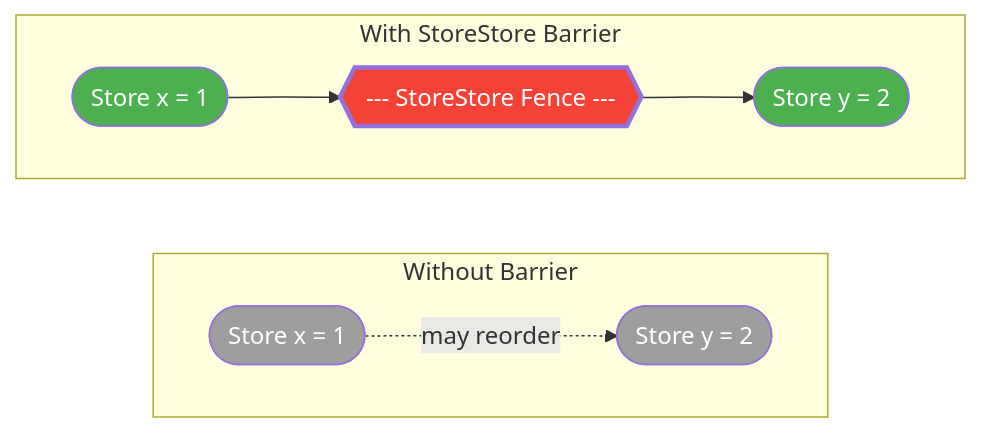
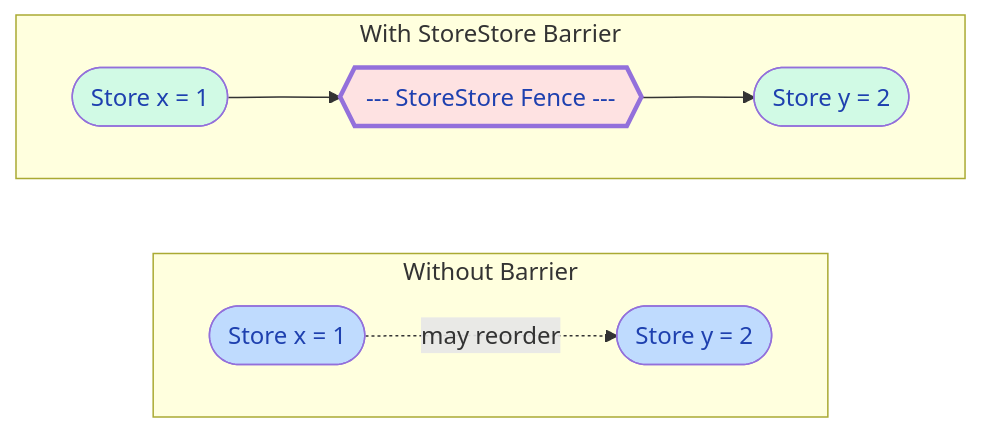
One commit to saivamsikaruturi/vamsilabs-dev-notes-main changed the sixth of 7 diagrams in docs/java/JavaMemoryModel.md. Above: the diagram before and after it, drawn with Mermaid. The commit also changed other lines of this file and 220 other files, not shown here.

First line of the commit message:
Add 50+ new Java/Spring Boot pages, rewrite CSS code blocks to Oracle style, fix all diagram colors

````diff
--- a/docs/java/JavaMemoryModel.md
+++ b/docs/java/JavaMemoryModel.md
@@ -346,18 +346,18 @@
 ```mermaid
 flowchart LR
     subgraph "Without Barrier"
         direction LR
         NB1(["Store x = 1"]) -.->|"may reorder"| NB2(["Store y = 2"])
     end
 
     subgraph "With StoreStore Barrier"
         direction LR
         B1(["Store x = 1"]) --> FENCE{{"--- StoreStore Fence ---"}} --> B2(["Store y = 2"])
     end
 
-    style FENCE fill:#F44336,color:#fff,stroke-width:3px
-    style B1 fill:#4CAF50,color:#fff
-    style B2 fill:#4CAF50,color:#fff
-    style NB1 fill:#9E9E9E,color:#fff
-    style NB2 fill:#9E9E9E,color:#fff
+    style FENCE fill:#FEE2E2,color:#1E40AF,stroke-width:3px
+    style B1 fill:#D1FAE5,color:#1E40AF
+    style B2 fill:#D1FAE5,color:#1E40AF
+    style NB1 fill:#BFDBFE,color:#1E40AF
+    style NB2 fill:#BFDBFE,color:#1E40AF
 ```
````
